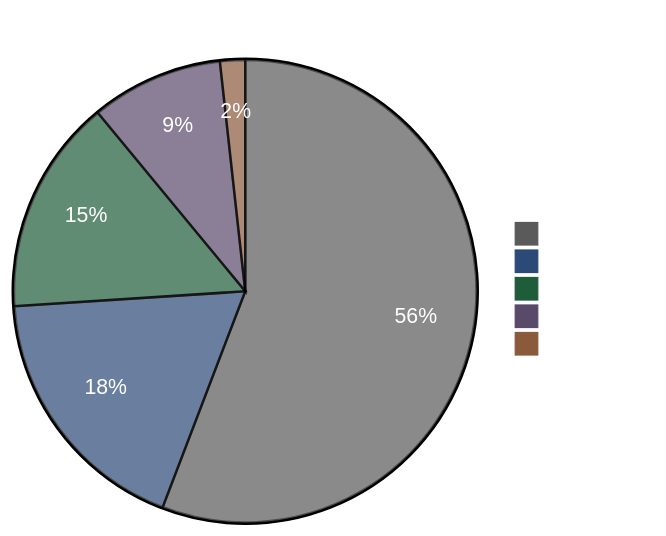
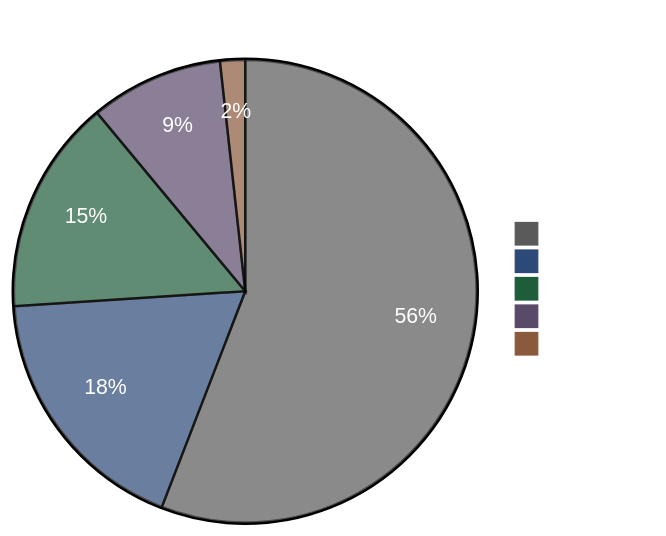
One commit to ccmeteorljh/reco-arxiv-daily changed the diagram in README.md. Above: the diagram before and after it, drawn with Mermaid. The commit also changed other lines of this file and 7 other files, not shown here.

````diff
--- a/README.md
+++ b/README.md
@@ -6,19 +6,19 @@
 ```mermaid
 %%{init: {'theme':'base', 'themeVariables': {
   'pie1':'#5a5a5a',
   'pie2':'#2c4a78',
   'pie3':'#1e5c3a',
   'pie4':'#5a4a6a',
   'pie5':'#8b5a3c',
   'pieTitleTextColor':'#ffffff',
   'pieSectionTextColor':'#ffffff',
   'pieLegendTextColor':'#ffffff'
 }}}%%
 pie showData
 title Paper Distribution by Tag
-  "Other" : 701
+  "Other" : 704
   "LLM" : 228
   "GR" : 189
-  "Seq" : 116
+  "Seq" : 117
   "Scaling" : 22
 ```
````
